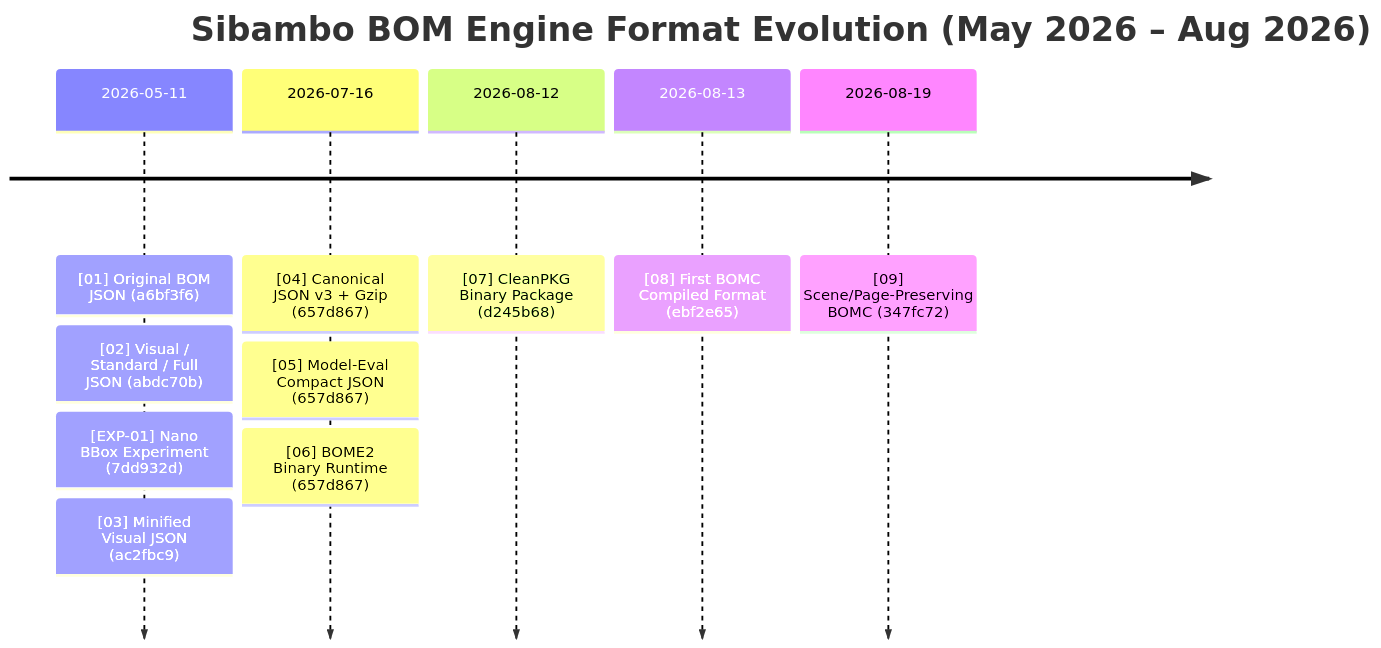
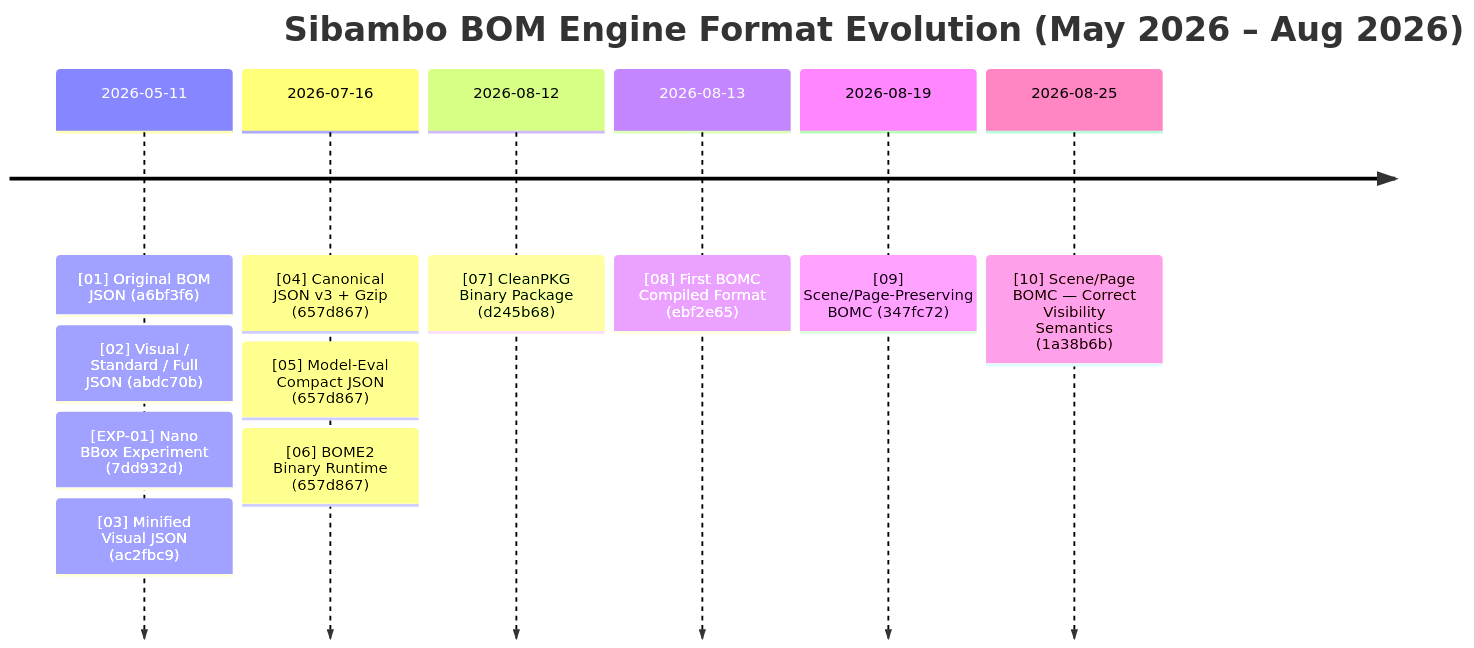
Before and after one commit to KaisAbiyyi/sibambo-bom-engine-plugin: the diagram in BOM_ENGINE_EVOLUTION.md, drawn with Mermaid. The commit also changed other lines of this file and 79 other files, not shown here.

Commit message:
feat(history): add [10] Scene/Page BOMC Correct Visibility Semantics to Evolution Lab v1.1.13

````diff
--- a/BOM_ENGINE_EVOLUTION.md
+++ b/BOM_ENGINE_EVOLUTION.md
@@ -19,14 +19,15 @@
 ```mermaid
 timeline
     title Sibambo BOM Engine Format Evolution (May 2026 – Aug 2026)
     2026-05-11 : [01] Original BOM JSON (a6bf3f6)
                : [02] Visual / Standard / Full JSON (abdc70b)
                : [EXP-01] Nano BBox Experiment (7dd932d)
                : [03] Minified Visual JSON (ac2fbc9)
     2026-07-16 : [04] Canonical JSON v3 + Gzip (657d867)
                : [05] Model-Eval Compact JSON (657d867)
                : [06] BOME2 Binary Runtime (657d867)
     2026-08-12 : [07] CleanPKG Binary Package (d245b68)
     2026-08-13 : [08] First BOMC Compiled Format (ebf2e65)
     2026-08-19 : [09] Scene/Page-Preserving BOMC (347fc72)
+    2026-08-25 : [10] Scene/Page BOMC — Correct Visibility Semantics (1a38b6b)
 ```
````
